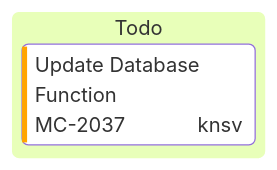
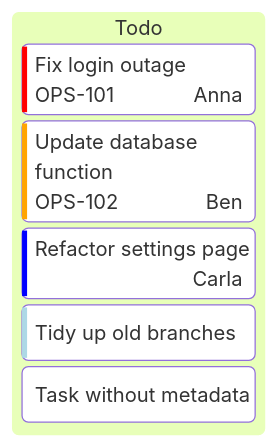
Before and after one commit to hgrabows/diagrammer-skills: the second of 3 diagrams in skills/diagrammer/specs/mermaid/kanban.md, drawn with Mermaid. The commit also changed other lines of this file and 127 other files, not shown here.

First line of the commit message:
feat: audit all specs, add example gallery, fix PlantUML and Gantt rendering

````diff
--- a/skills/diagrammer/specs/mermaid/kanban.md
+++ b/skills/diagrammer/specs/mermaid/kanban.md
@@ -72,5 +93,9 @@
 ```mermaid
 kanban
   todo[Todo]
-    id3[Update Database Function]@{ ticket: MC-2037, assigned: 'knsv', priority: 'High' }
+    t1[Fix login outage]@{ ticket: 'OPS-101', assigned: 'Anna', priority: 'Very High' }
+    t2[Update database function]@{ ticket: 'OPS-102', assigned: 'Ben', priority: 'High' }
+    t3[Refactor settings page]@{ assigned: 'Carla', priority: 'Low' }
+    t4[Tidy up old branches]@{ priority: 'Very Low' }
+    t5[Task without metadata]
 ```
````
